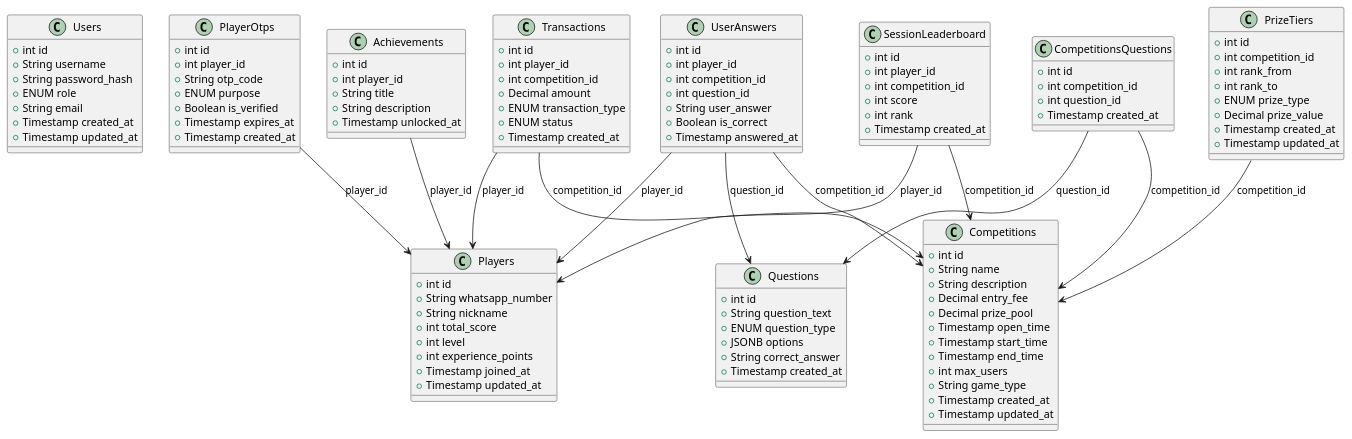
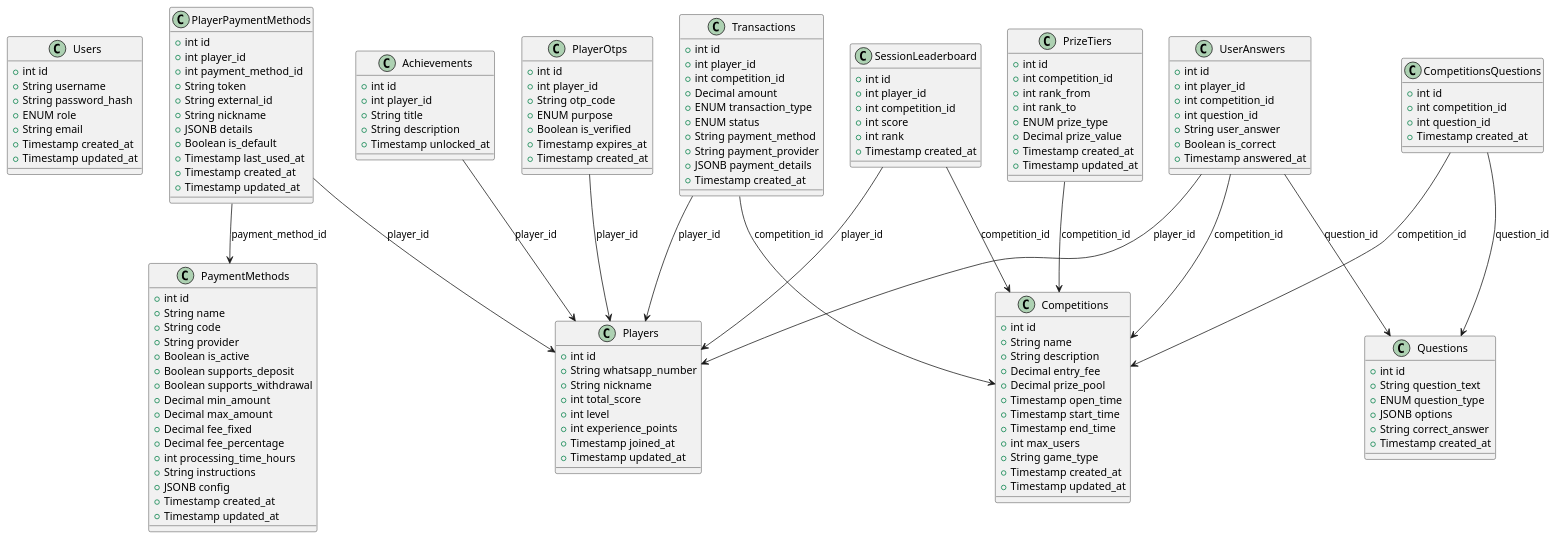
One commit to wahabkhalaf/chon-admin-panel changed the diagram in database-diagram.puml. Above: the diagram before and after it, drawn with PlantUML. The commit also changed 38 other files, not shown here.

First line of the commit message:
Add Payment Methods and Player Payment Management System

```diff
--- a/database-diagram.puml
+++ b/database-diagram.puml
@@ -1,136 +1,177 @@
 @startuml
 
 ' ========== Core Users & Players ==========
 class Users {
     + int id
     + String username
     + String password_hash
     + ENUM role
     + String email
     + Timestamp created_at
     + Timestamp updated_at
 }
 
 class Players {
     + int id
     + String whatsapp_number
     + String nickname
     + int total_score
     + int level
     + int experience_points
     + Timestamp joined_at
     + Timestamp updated_at
 }
+
 class PlayerOtps {
     + int id
     + int player_id
     + String otp_code
     + ENUM purpose
     + Boolean is_verified
     + Timestamp expires_at
     + Timestamp created_at
 }
-
 
 class Achievements {
     + int id
     + int player_id
     + String title
     + String description
     + Timestamp unlocked_at
 }
 
 Achievements --> Players : player_id
 
 ' ========== Competitions & Related Tables ==========
 class Competitions {
     + int id
     + String name
     + String description
     + Decimal entry_fee
     + Decimal prize_pool
     + Timestamp open_time
     + Timestamp start_time
     + Timestamp end_time
     + int max_users
     + String game_type
     + Timestamp created_at
     + Timestamp updated_at
 }
 
 class PrizeTiers {
     + int id
     + int competition_id
     + int rank_from
     + int rank_to
     + ENUM prize_type
     + Decimal prize_value
     + Timestamp created_at
     + Timestamp updated_at
 }
 
 PrizeTiers --> Competitions : competition_id
 
 ' ========== Questions & Linking ==========
 class Questions {
     + int id
     + String question_text
     + ENUM question_type
     + JSONB options
     + String correct_answer
     + Timestamp created_at
 }
 
 class CompetitionsQuestions {
     + int id
     + int competition_id
     + int question_id
     + Timestamp created_at
 }
 
 CompetitionsQuestions --> Competitions : competition_id
 CompetitionsQuestions --> Questions : question_id
 
 ' ========== Answers ==========
 class UserAnswers {
     + int id
     + int player_id
     + int competition_id
     + int question_id
     + String user_answer
     + Boolean is_correct
     + Timestamp answered_at
 }
 
 UserAnswers --> Players : player_id
 UserAnswers --> Competitions : competition_id
 UserAnswers --> Questions : question_id
 
 ' ========== Leaderboard ==========
 class SessionLeaderboard {
     + int id
     + int player_id
     + int competition_id
     + int score
     + int rank
     + Timestamp created_at
 }
 
 SessionLeaderboard --> Players : player_id
 SessionLeaderboard --> Competitions : competition_id
 
 ' ========== Transactions ==========
 class Transactions {
     + int id
     + int player_id
     + int competition_id
     + Decimal amount
     + ENUM transaction_type
     + ENUM status
+    + String payment_method
+    + String payment_provider
+    + JSONB payment_details
     + Timestamp created_at
 }
 
 Transactions --> Players : player_id
 Transactions --> Competitions : competition_id
+
+' ========== Payment Methods ==========
+class PaymentMethods {
+    + int id
+    + String name
+    + String code
+    + String provider
+    + Boolean is_active
+    + Boolean supports_deposit
+    + Boolean supports_withdrawal
+    + Decimal min_amount
+    + Decimal max_amount
+    + Decimal fee_fixed
+    + Decimal fee_percentage
+    + int processing_time_hours
+    + String instructions
+    + JSONB config
+    + Timestamp created_at
+    + Timestamp updated_at
+}
+
+class PlayerPaymentMethods {
+    + int id
+    + int player_id
+    + int payment_method_id
+    + String token
+    + String external_id
+    + String nickname
+    + JSONB details
+    + Boolean is_default
+    + Timestamp last_used_at
+    + Timestamp created_at
+    + Timestamp updated_at
+}
+
+PlayerPaymentMethods --> Players : player_id
+PlayerPaymentMethods --> PaymentMethods : payment_method_id
+
 PlayerOtps --> Players : player_id
 @enduml
```
